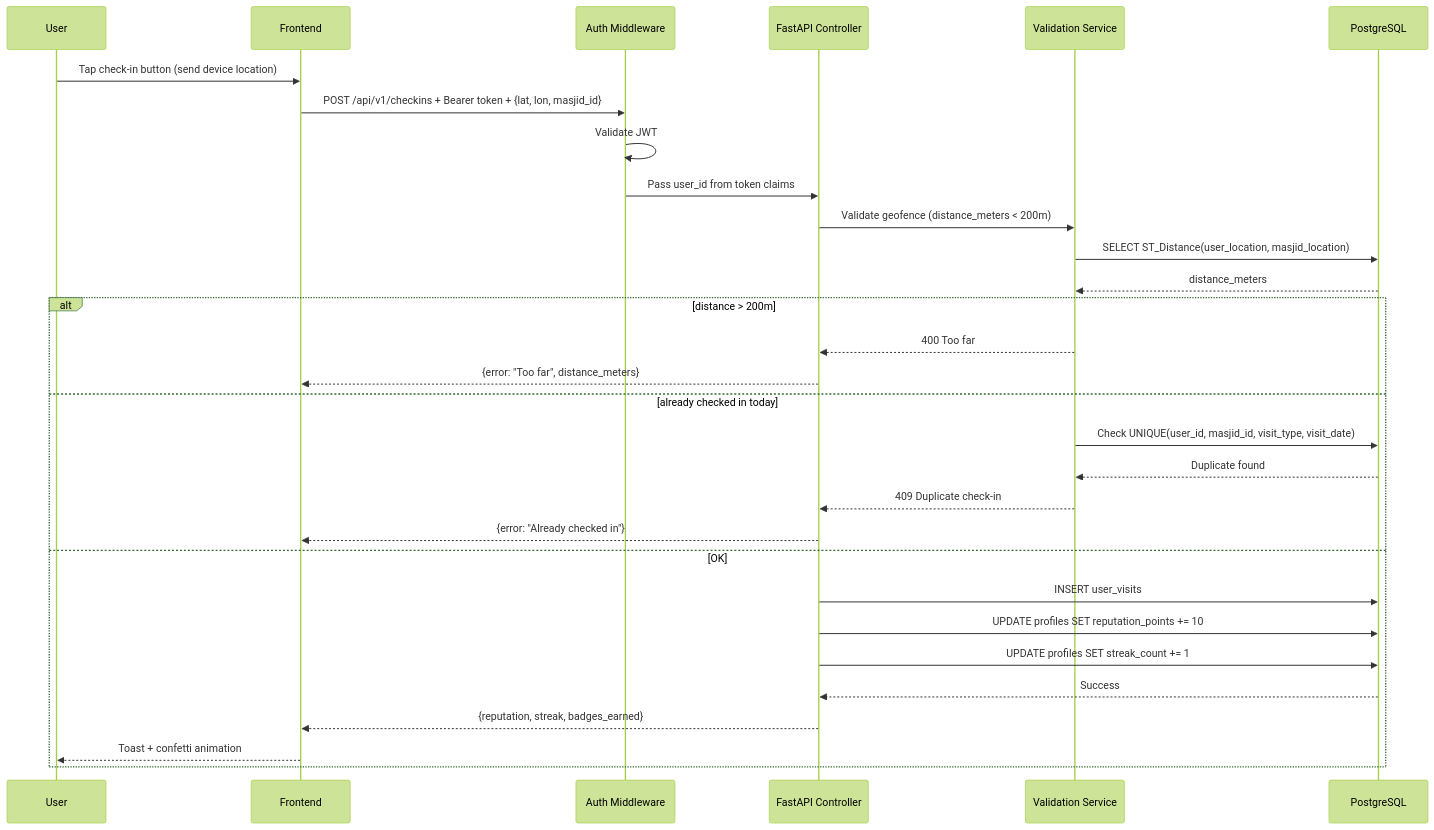
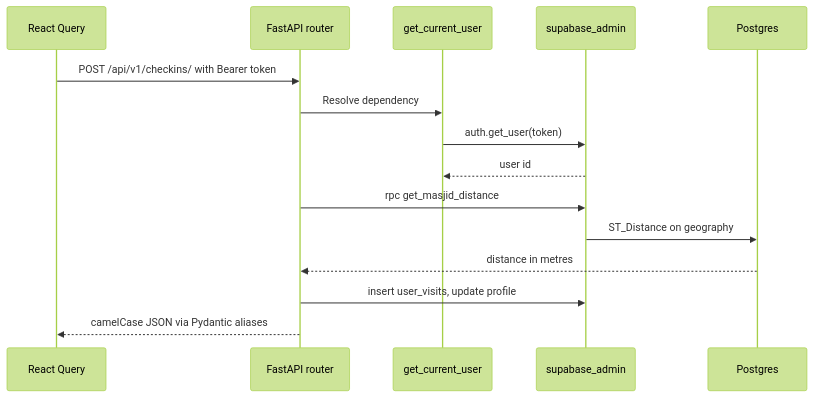
Before and after one commit to snsyaqirah/snsyaqirah.github.io: diagram 11 of 15 in portfolio-react/public/docs/singgahluhh.md, drawn with Mermaid (forest theme). The commit also changed other lines of this file and 101 other files, not shown here.

````diff
--- a/portfolio-react/public/docs/singgahluhh.md
+++ b/portfolio-react/public/docs/singgahluhh.md
@@ -765,35 +535,18 @@
 ```mermaid
 sequenceDiagram
-    participant U as User
-    participant FE as Frontend
-    participant MW as Auth Middleware
-    participant API as FastAPI Controller
-    participant VAL as Validation Service
-    participant DB as PostgreSQL
+    participant FE as React Query
+    participant R as FastAPI router
+    participant DEP as get_current_user
+    participant SB as supabase_admin
+    participant DB as Postgres
 
-    U->>FE: Tap check-in button (send device location)
-    FE->>MW: POST /api/v1/checkins + Bearer token + {lat, lon, masjid_id}
-    MW->>MW: Validate JWT
-    MW->>API: Pass user_id from token claims
-    
-    API->>VAL: Validate geofence (distance_meters < 200m)
-    VAL->>DB: SELECT ST_Distance(user_location, masjid_location)
-    DB-->>VAL: distance_meters
-    
-    alt distance > 200m
-        VAL-->>API: 400 Too far
-        API-->>FE: {error: "Too far", distance_meters}
-    else already checked in today
-        VAL->>DB: Check UNIQUE(user_id, masjid_id, visit_type, visit_date)
-        DB-->>VAL: Duplicate found
-        VAL-->>API: 409 Duplicate check-in
-        API-->>FE: {error: "Already checked in"}
-    else OK
-        API->>DB: INSERT user_visits
-        API->>DB: UPDATE profiles SET reputation_points += 10
-        API->>DB: UPDATE profiles SET streak_count += 1
-        DB-->>API: Success
-        API-->>FE: {reputation, streak, badges_earned}
-        FE-->>U: Toast + confetti animation
-    end
+    FE->>R: POST /api/v1/checkins/ with Bearer token
+    R->>DEP: Resolve dependency
+    DEP->>SB: auth.get_user(token)
+    SB-->>DEP: user id
+    R->>SB: rpc get_masjid_distance
+    SB->>DB: ST_Distance on geography
+    DB-->>R: distance in metres
+    R->>SB: insert user_visits, update profile
+    R-->>FE: camelCase JSON via Pydantic aliases
 ```
````
